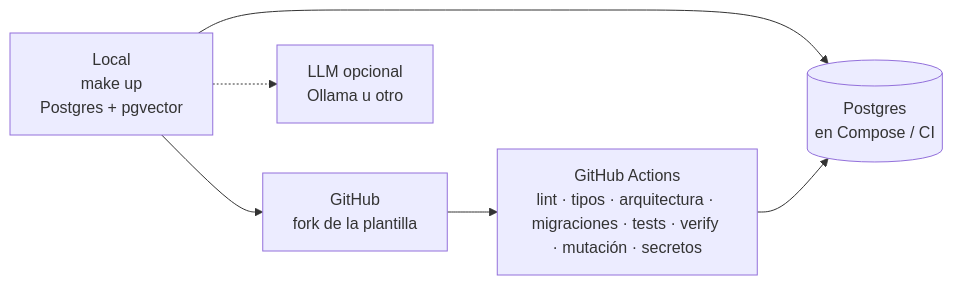
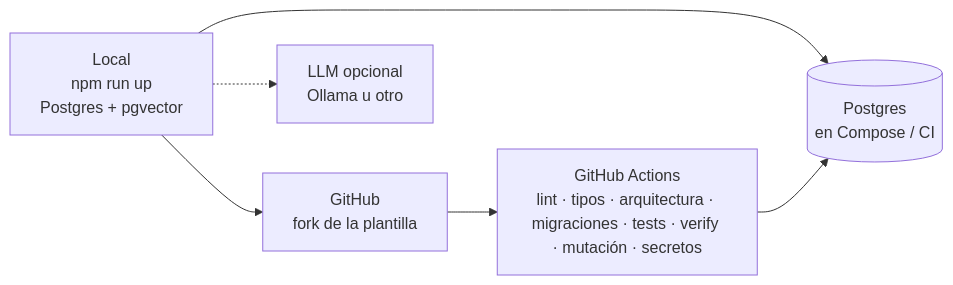
One commit to DisTinta/AI4Devs-finalproject changed the second of 4 diagrams in readme.md. Above: the diagram before and after it, drawn with Mermaid. The commit also changed other lines of this file, not shown here.

Commit message:
docs(DIS-102): give npm run up as the start command in the readme

````diff
--- a/readme.md
+++ b/readme.md
@@ -656,13 +673,13 @@
 ```mermaid
 flowchart LR
-    DEV["Local<br/>make up<br/>Postgres + pgvector"]
+    DEV["Local<br/>npm run up<br/>Postgres + pgvector"]
     GH["GitHub<br/>fork de la plantilla"]
     CI["GitHub Actions<br/>lint · tipos · arquitectura · migraciones · tests · verify · mutación · secretos"]
     DB[("Postgres<br/>en Compose / CI")]
     LLM["LLM opcional<br/>Ollama u otro"]
 
     DEV --> GH --> CI
     DEV --> DB
     CI --> DB
     DEV -.-> LLM
 ```
````
